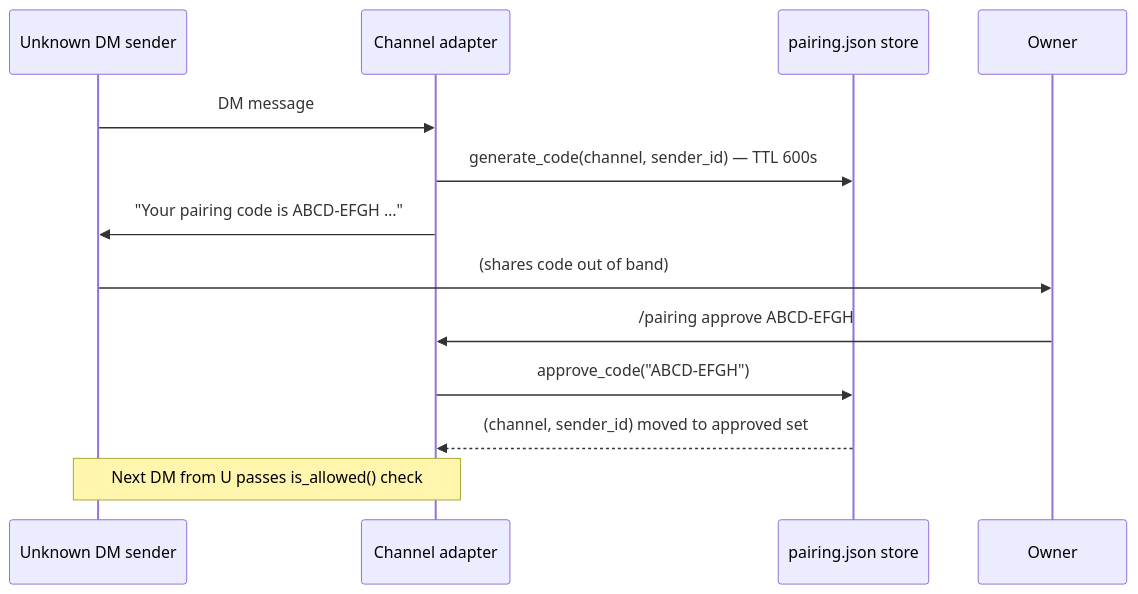
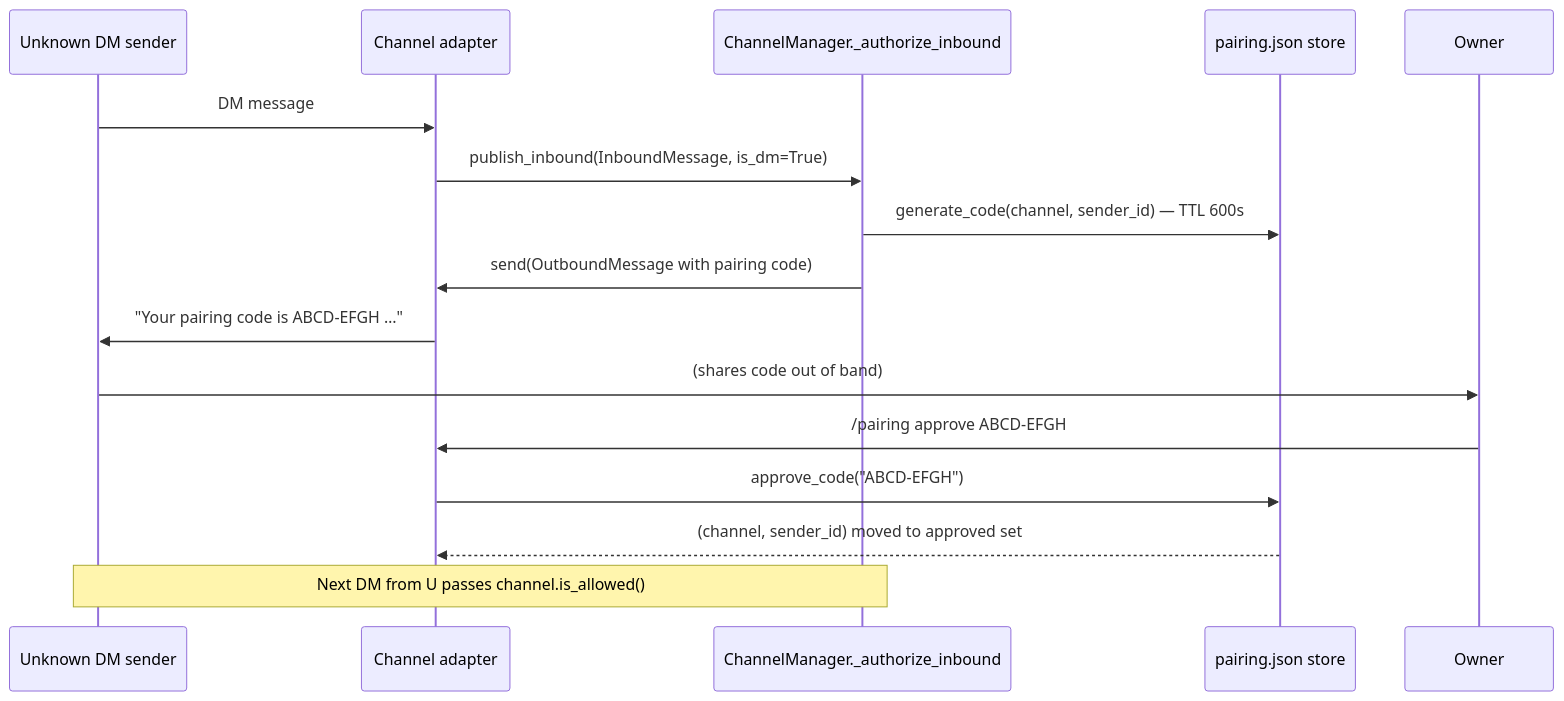
One commit to mmarmol/durin changed the second of 3 diagrams in docs/internals/channels.md. Above: the diagram before and after it, drawn with Mermaid. The commit also changed other lines of this file and 12 other files, not shown here.

First line of the commit message:
refactor(channels): central un-bypassable inbound-auth gate (Telegram = reference) (#210)

````diff
--- a/docs/internals/channels.md
+++ b/docs/internals/channels.md
@@ -104,16 +122,19 @@
 ```mermaid
 sequenceDiagram
     participant U as Unknown DM sender
     participant CH as Channel adapter
+    participant GATE as ChannelManager._authorize_inbound
     participant PS as pairing.json store
     participant O as Owner
 
     U->>CH: DM message
-    CH->>PS: generate_code(channel, sender_id) — TTL 600s
+    CH->>GATE: publish_inbound(InboundMessage, is_dm=True)
+    GATE->>PS: generate_code(channel, sender_id) — TTL 600s
+    GATE->>CH: send(OutboundMessage with pairing code)
     CH->>U: "Your pairing code is ABCD-EFGH …"
     U->>O: (shares code out of band)
     O->>CH: /pairing approve ABCD-EFGH
     CH->>PS: approve_code("ABCD-EFGH")
     PS-->>CH: (channel, sender_id) moved to approved set
-    Note over U,CH: Next DM from U passes is_allowed() check
+    Note over U,GATE: Next DM from U passes channel.is_allowed()
 ```
````
